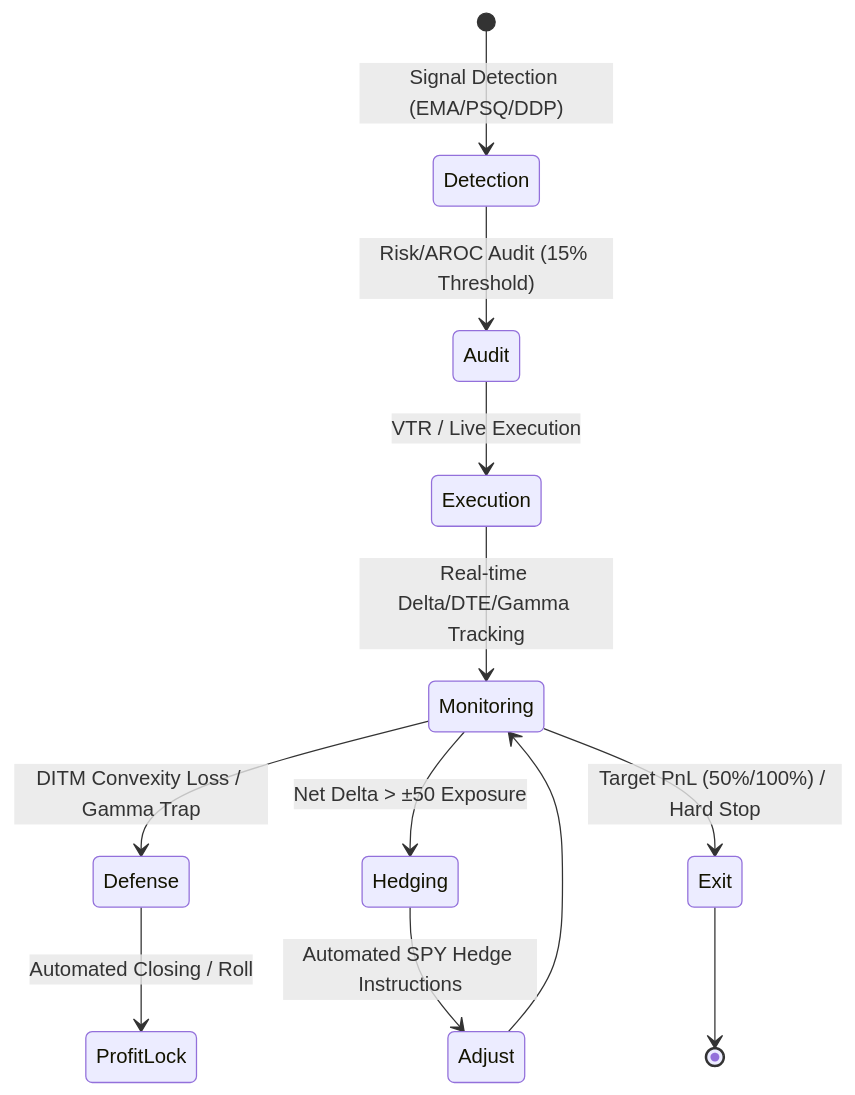
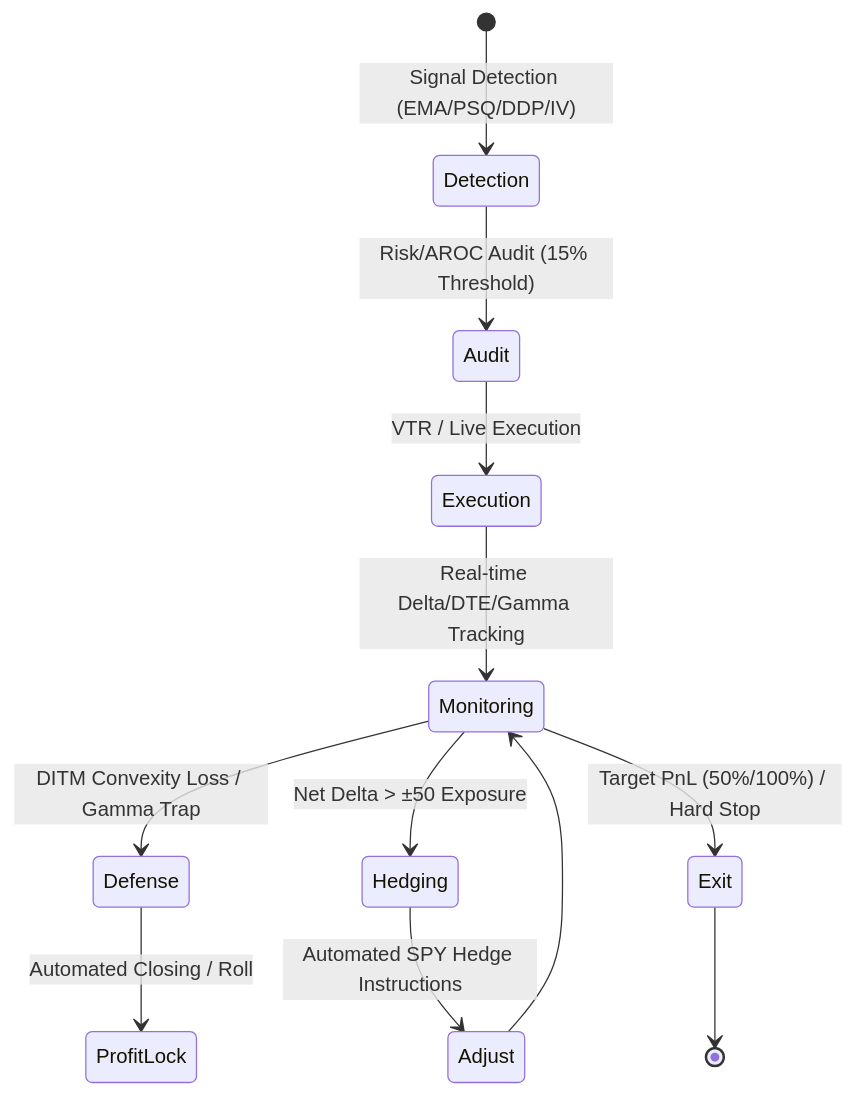
Before and after one commit to cosmo-chang-1701/nexus-seeker: the second of 2 diagrams in README.md, drawn with Mermaid. The commit also changed other lines of this file and 1 other file, not shown here.

Commit message:
docs: document Volatility Strategist Agent and IV Opportunity Detection

````diff
--- a/README.md
+++ b/README.md
@@ -111,14 +113,14 @@
 ```mermaid
 stateDiagram-v2
-    [*] --> Detection: Signal Detection (EMA/PSQ/DDP)
+    [*] --> Detection: Signal Detection (EMA/PSQ/DDP/IV)
     Detection --> Audit: Risk/AROC Audit (15% Threshold)
     Audit --> Execution: VTR / Live Execution
     Execution --> Monitoring: Real-time Delta/DTE/Gamma Tracking
     Monitoring --> Defense: DITM Convexity Loss / Gamma Trap
     Monitoring --> Hedging: Net Delta > ±50 Exposure
     Defense --> ProfitLock: Automated Closing / Roll
     Hedging --> Adjust: Automated SPY Hedge Instructions
     Adjust --> Monitoring
     Monitoring --> Exit: Target PnL (50%/100%) / Hard Stop
     Exit --> [*]
 ```
````
